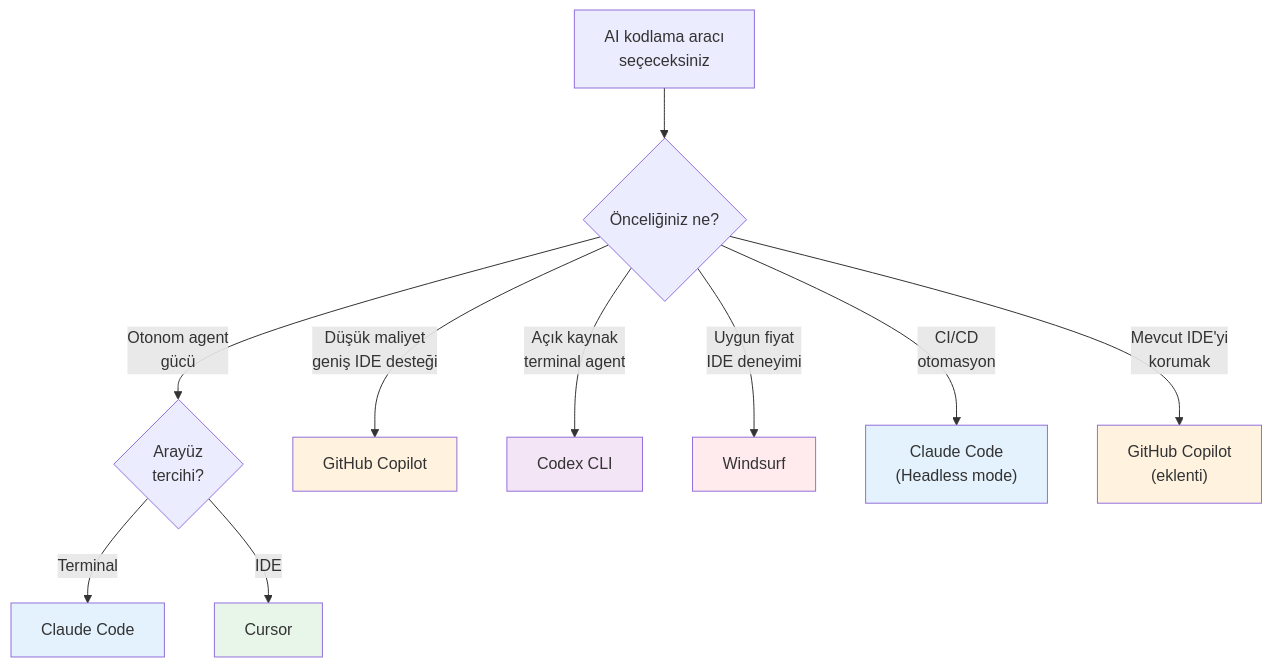
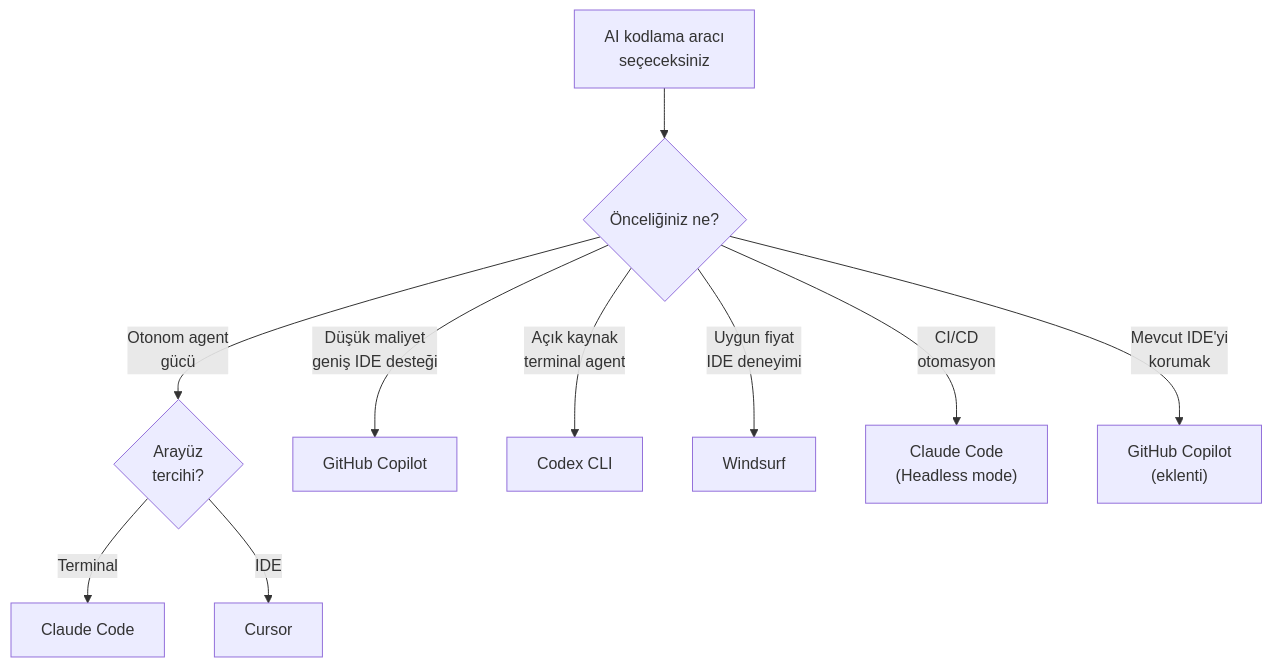
Before and after one commit to IzzetYasinAtes/ClaudeCodeHandbook: the third of 3 diagrams in 04-ai-destekli-gelistirme/05-ai-kodlama-araclari-karsilastirma.md, drawn with Mermaid. The commit also changed other lines of this file and 97 other files, not shown here.

Commit message:
Remove all custom Mermaid style/fill colors from 98 markdown files for consistent dark theme rendering

````diff
--- a/04-ai-destekli-gelistirme/05-ai-kodlama-araclari-karsilastirma.md
+++ b/04-ai-destekli-gelistirme/05-ai-kodlama-araclari-karsilastirma.md
@@ -296,26 +290,19 @@
 ```mermaid
 flowchart TD
     A["AI kodlama aracı<br/>seçeceksiniz"] --> B{"Önceliğiniz ne?"}
     
     B -->|"Otonom agent<br/>gücü"| C{"Arayüz<br/>tercihi?"}
     C -->|"Terminal"| D["Claude Code"]
     C -->|"IDE"| E["Cursor"]
     
     B -->|"Düşük maliyet<br/>geniş IDE desteği"| F["GitHub Copilot"]
     
     B -->|"Açık kaynak<br/>terminal agent"| G["Codex CLI"]
     
     B -->|"Uygun fiyat<br/>IDE deneyimi"| H["Windsurf"]
     
     B -->|"CI/CD<br/>otomasyon"| I["Claude Code<br/>(Headless mode)"]
     
     B -->|"Mevcut IDE'yi<br/>korumak"| J["GitHub Copilot<br/>(eklenti)"]
 
-    style D fill:#E3F2FD
-    style E fill:#E8F5E9
-    style F fill:#FFF3E0
-    style G fill:#F3E5F5
-    style H fill:#FFEBEE
-    style I fill:#E3F2FD
-    style J fill:#FFF3E0
 ```
````
